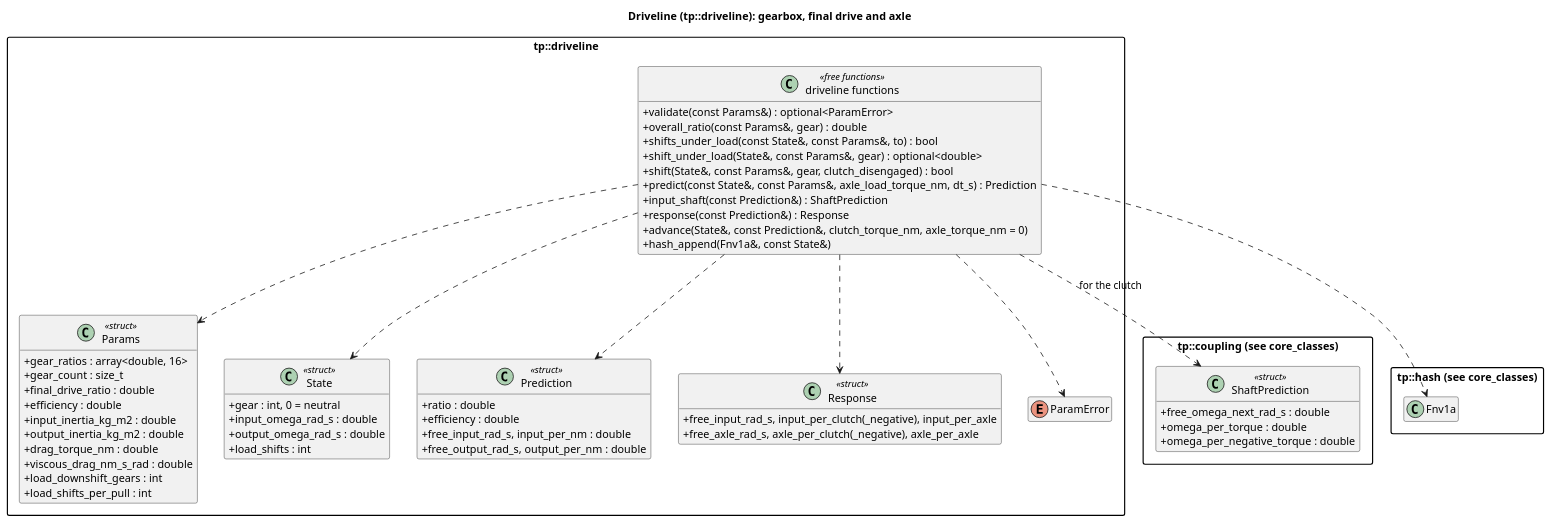
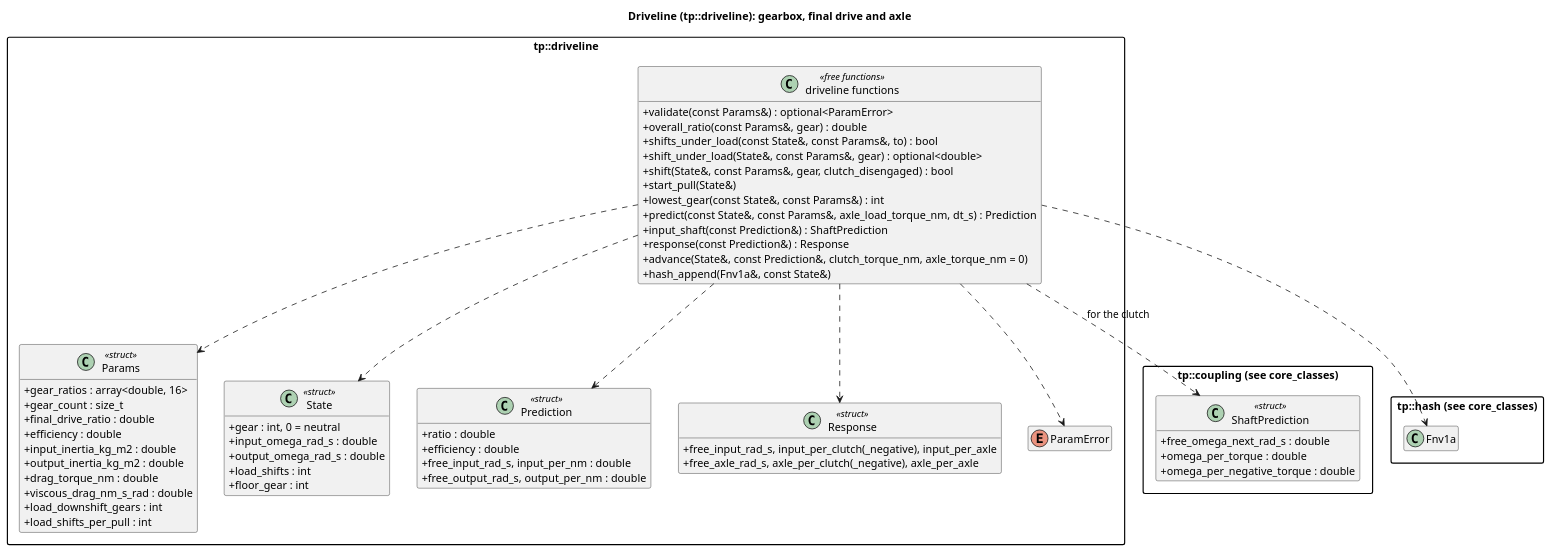
Before and after one commit to wversteeg/TractorPulling: the diagram in docs/diagrams/driveline_classes.puml, drawn with PlantUML. The commit also changed 26 other files, not shown here.

```diff
--- a/docs/diagrams/driveline_classes.puml
+++ b/docs/diagrams/driveline_classes.puml
@@ -1,68 +1,71 @@
 @startuml driveline_classes
 title Driveline (tp::driveline): gearbox, final drive and axle
 hide empty members
 skinparam packageStyle rectangle
 skinparam classAttributeIconSize 0
 
 package "tp::coupling (see core_classes)" {
   class ShaftPrediction <<struct>> {
     +free_omega_next_rad_s : double
     +omega_per_torque : double
     +omega_per_negative_torque : double
   }
 }
 package "tp::hash (see core_classes)" {
   class Fnv1a
 }
 
 package "tp::driveline" {
   class Params <<struct>> {
     +gear_ratios : array<double, 16>
     +gear_count : size_t
     +final_drive_ratio : double
     +efficiency : double
     +input_inertia_kg_m2 : double
     +output_inertia_kg_m2 : double
     +drag_torque_nm : double
     +viscous_drag_nm_s_rad : double
     +load_downshift_gears : int
     +load_shifts_per_pull : int
   }
   class State <<struct>> {
     +gear : int, 0 = neutral
     +input_omega_rad_s : double
     +output_omega_rad_s : double
     +load_shifts : int
+    +floor_gear : int
   }
   class Prediction <<struct>> {
     +ratio : double
     +efficiency : double
     +free_input_rad_s, input_per_nm : double
     +free_output_rad_s, output_per_nm : double
   }
   class Response <<struct>> {
     +free_input_rad_s, input_per_clutch(_negative), input_per_axle
     +free_axle_rad_s, axle_per_clutch(_negative), axle_per_axle
   }
   enum ParamError
   class "driveline functions" as DrivelineFns <<free functions>> {
     +validate(const Params&) : optional<ParamError>
     +overall_ratio(const Params&, gear) : double
     +shifts_under_load(const State&, const Params&, to) : bool
     +shift_under_load(State&, const Params&, gear) : optional<double>
     +shift(State&, const Params&, gear, clutch_disengaged) : bool
+    +start_pull(State&)
+    +lowest_gear(const State&, const Params&) : int
     +predict(const State&, const Params&, axle_load_torque_nm, dt_s) : Prediction
     +input_shaft(const Prediction&) : ShaftPrediction
     +response(const Prediction&) : Response
     +advance(State&, const Prediction&, clutch_torque_nm, axle_torque_nm = 0)
     +hash_append(Fnv1a&, const State&)
   }
   DrivelineFns ..> Params
   DrivelineFns ..> State
   DrivelineFns ..> Prediction
   DrivelineFns ..> Response
   DrivelineFns ..> ParamError
 }
 DrivelineFns ..> ShaftPrediction : for the clutch
 DrivelineFns ..> Fnv1a
 @enduml
```
